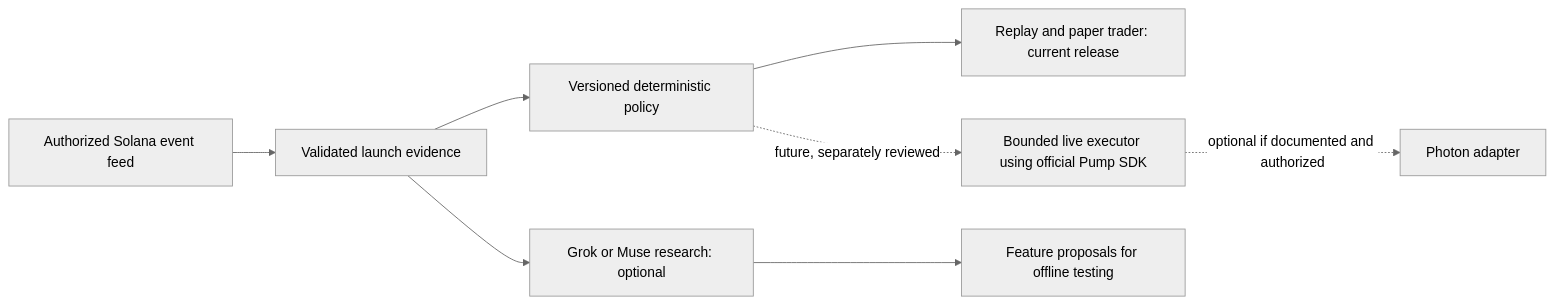
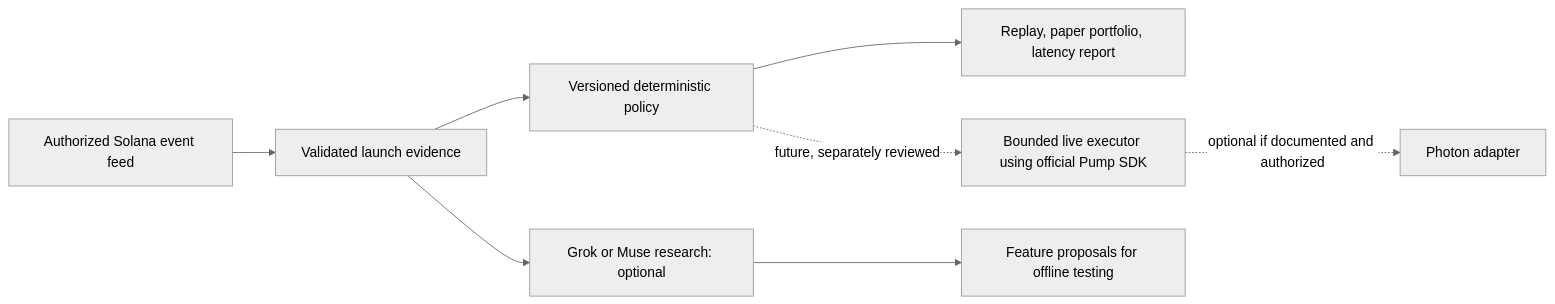
One commit to Positano777/pump-launch-sniper changed the diagram in README.md. Above: the diagram before and after it, drawn with Mermaid (neutral theme). The commit also changed other lines of this file and 12 other files, not shown here.

Commit message:
Add fee-aware paper replay and honest release documentation

````diff
--- a/README.md
+++ b/README.md
@@ -32,10 +43,10 @@
 ```mermaid
 flowchart LR
   F[Authorized Solana event feed] --> E[Validated launch evidence]
   E --> C[Versioned deterministic policy]
-  C --> P[Replay and paper trader: current release]
+  C --> P[Replay, paper portfolio, latency report]
   E --> A[Grok or Muse research: optional]
   A --> R[Feature proposals for offline testing]
   C -. future, separately reviewed .-> X[Bounded live executor using official Pump SDK]
   X -. optional if documented and authorized .-> H[Photon adapter]
 ```
````
